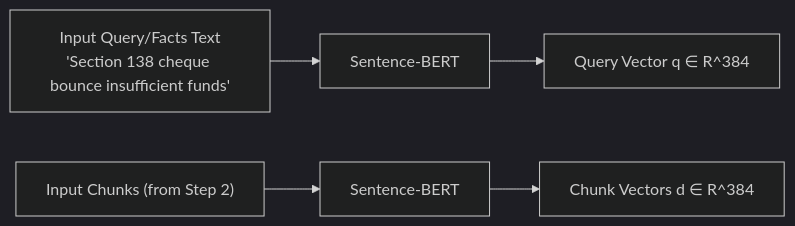
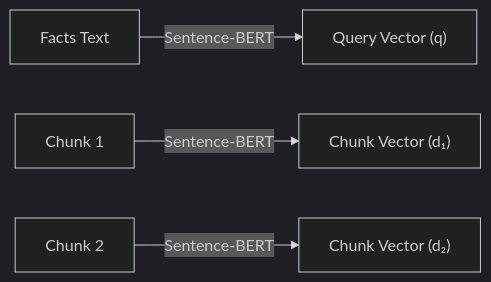
Before and after one commit to delisha02/droitdraft: the third of 8 diagrams in docs/implementation.md, drawn with Mermaid (dark theme). The commit also changed other lines of this file, not shown here.

````diff
--- a/docs/implementation.md
+++ b/docs/implementation.md
@@ -80,8 +117,6 @@
 ```mermaid
 flowchart LR
-    QF["Input Query/Facts Text
-'Section 138 cheque bounce insufficient funds'"] --> EMBQ["Sentence-BERT"]
-    C["Input Chunks (from Step 2)"] --> EMBD["Sentence-BERT"]
-    EMBQ --> VQ["Query Vector q ∈ R^384"]
-    EMBD --> VD["Chunk Vectors d ∈ R^384"]
+    QF["Facts Text"] --> |"Sentence-BERT"| VQ["Query Vector (q)"]
+    C1["Chunk 1"] --> |"Sentence-BERT"| VD1["Chunk Vector (d₁)"]
+    C2["Chunk 2"] --> |"Sentence-BERT"| VD2["Chunk Vector (d₂)"]
 ```
````
